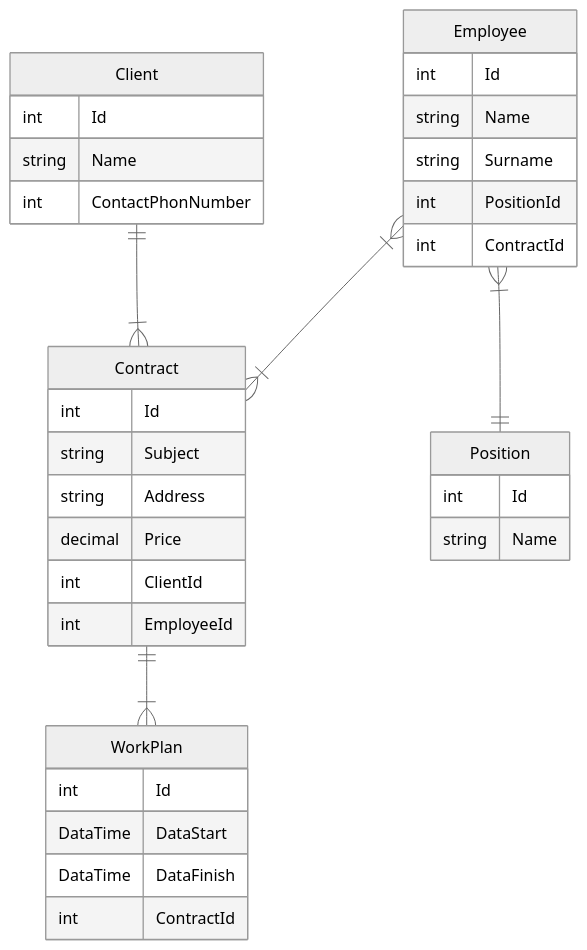
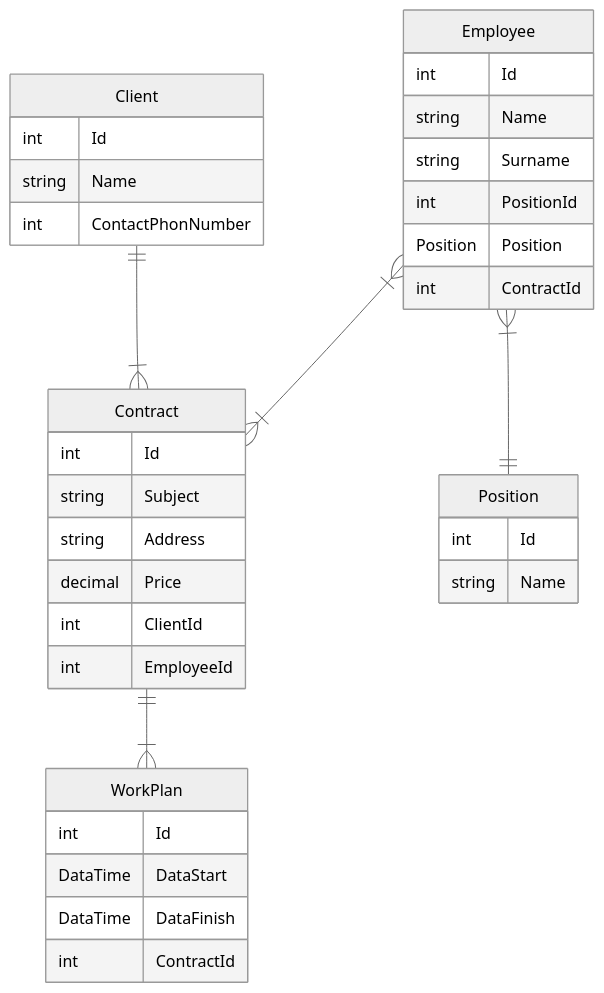
Before and after one commit to KondratenkoDV/CRM: the diagram in README.md, drawn with Mermaid (neutral theme).

````diff
--- a/README.md
+++ b/README.md
@@ -1,42 +1,43 @@
 ```mermaid
 erDiagram
   Employee }|--|{ Contract : ""
   Client ||--|{ Contract : ""
   Contract ||--|{ WorkPlan : ""
   Employee }|--|| Position : ""
   
   Employee{
       int Id
       string Name
       string Surname
       int PositionId
+      Position Position
       int ContractId
   }
 
   Client{
       int Id
       string Name
       int ContactPhonNumber
   }
 
   Contract{
       int Id
       string Subject
       string Address
       decimal Price
       int ClientId
       int EmployeeId
   }
 
   WorkPlan{
       int Id
       DataTime DataStart
       DataTime DataFinish
       int ContractId
   }
   
   Position{
       int Id
       string Name
   }
   ```
````
